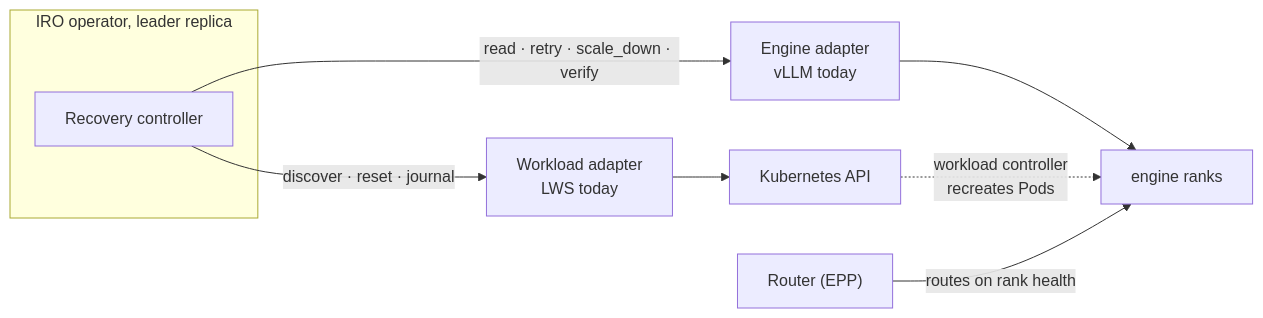
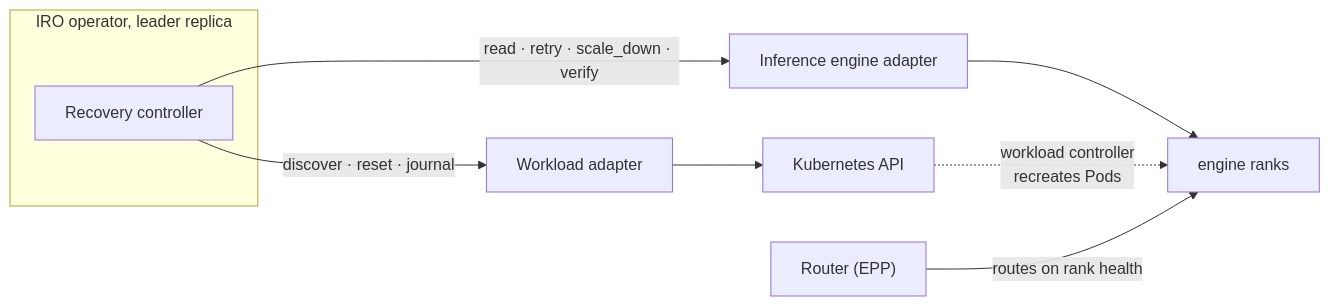
Before and after one commit to Etelis/llm-d-resiliency-operator: the diagram in docs/design/engine-fault-recovery.md, drawn with Mermaid. The commit also changed other lines of this file and 2 other files, not shown here.

Commit message:
Redraw the architecture figure and keep charts engine-neutral
Replace the architecture flowchart with an SVG in the style of the
figure shared on PR #11, drop the runtime and deploy entries from the
code layout, and name the engine adapter generically in the design
overview chart.

````diff
--- a/docs/design/engine-fault-recovery.md
+++ b/docs/design/engine-fault-recovery.md
@@ -40,12 +40,12 @@
 ```mermaid
 flowchart LR
     subgraph op["IRO operator, leader replica"]
         ctrl["Recovery controller"]
     end
-    ctrl -->|"read · retry · scale_down · verify"| eng["Engine adapter<br/>vLLM today"]
-    ctrl -->|"discover · reset · journal"| wl["Workload adapter<br/>LWS today"]
+    ctrl -->|"read · retry · scale_down · verify"| eng["Inference engine adapter"]
+    ctrl -->|"discover · reset · journal"| wl["Workload adapter"]
     eng --> ranks["engine ranks"]
     wl --> k8s["Kubernetes API"]
     k8s -.->|"workload controller<br/>recreates Pods"| ranks
     router["Router (EPP)"] -->|"routes on rank health"| ranks
 ```
````
